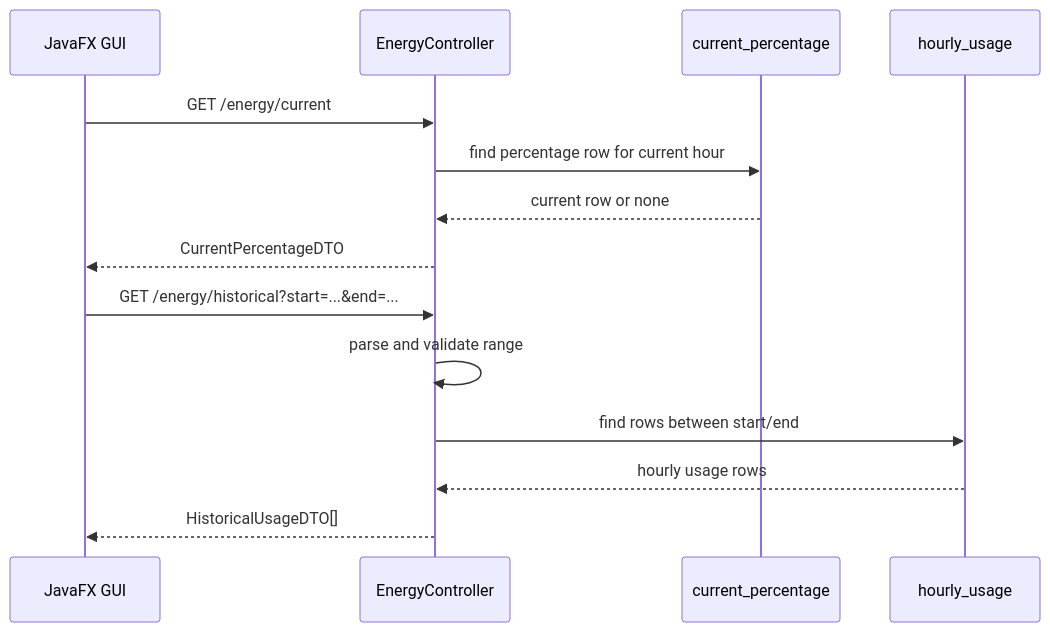
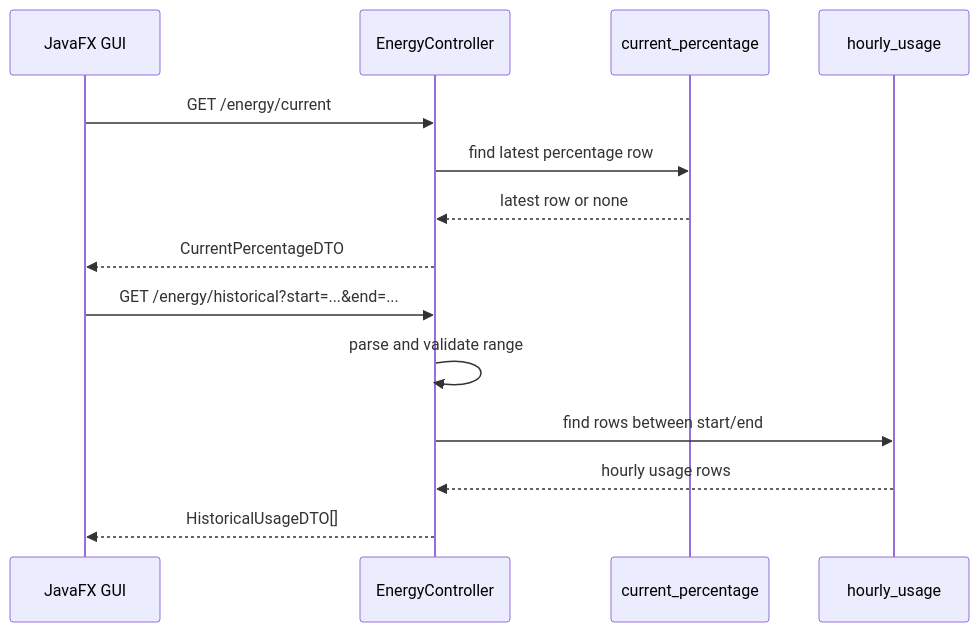
The second of 2 diagrams in docs/modules-documentation/rest-api.md (Dev02Liu/energy_community_project), drawn with Mermaid before and after one commit. The commit also changed other lines of this file and 74 other files, not shown here.

````diff
--- a/docs/modules-documentation/rest-api.md
+++ b/docs/modules-documentation/rest-api.md
@@ -82,18 +82,18 @@
 ```mermaid
 sequenceDiagram
     participant GUI as JavaFX GUI
     participant API as EnergyController
     participant CP as current_percentage
     participant HU as hourly_usage
 
     GUI->>API: GET /energy/current
-    API->>CP: find percentage row for current hour
-    CP-->>API: current row or none
+    API->>CP: find latest percentage row
+    CP-->>API: latest row or none
     API-->>GUI: CurrentPercentageDTO
 
     GUI->>API: GET /energy/historical?start=...&end=...
     API->>API: parse and validate range
     API->>HU: find rows between start/end
     HU-->>API: hourly usage rows
     API-->>GUI: HistoricalUsageDTO[]
 ```
````
